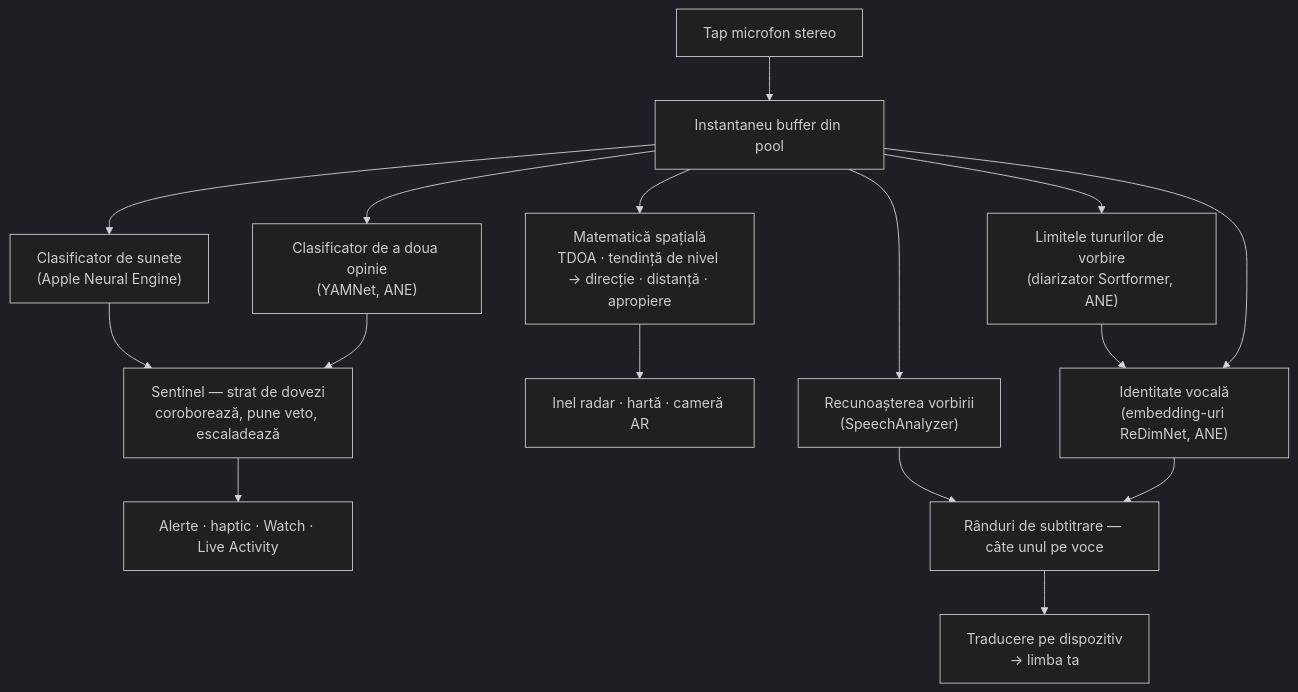
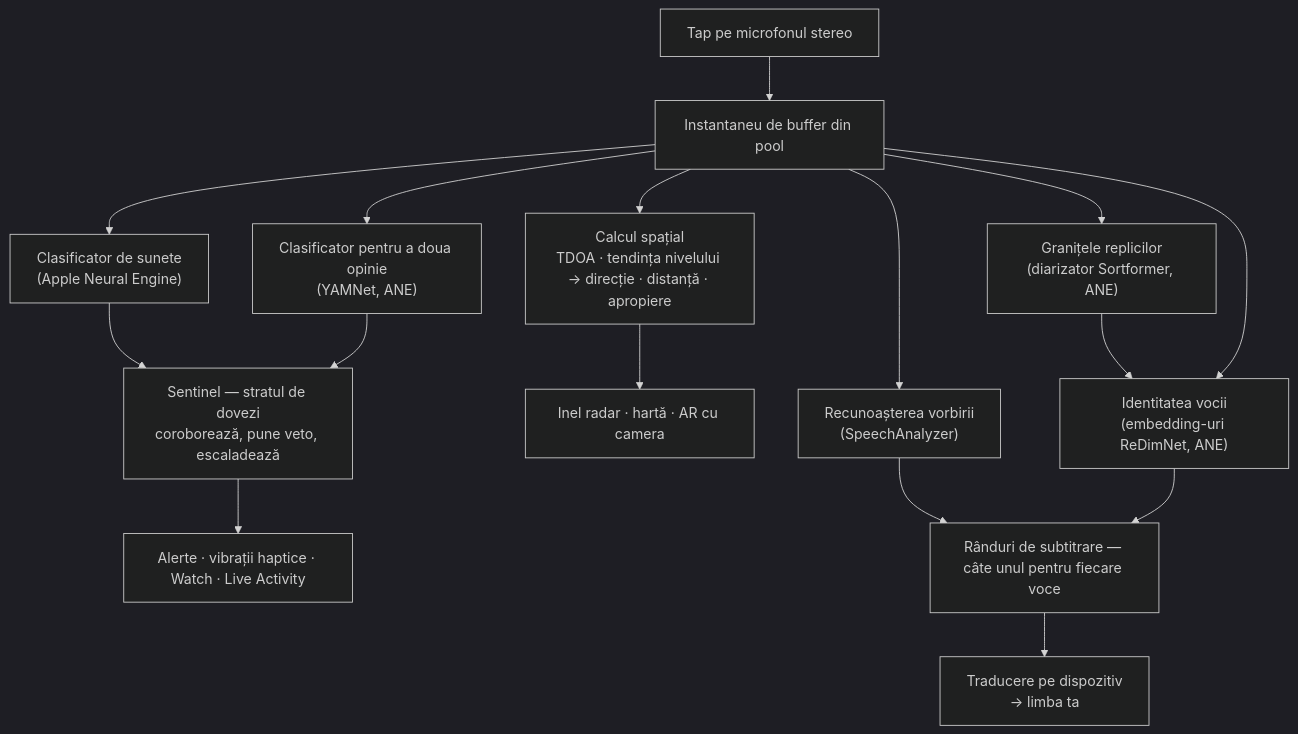
One commit to rpalm01-star/VigilantEarLegal changed the second of 4 diagrams in README_ro.md. Above: the diagram before and after it, drawn with Mermaid (dark theme). The commit also changed other lines of this file and 29 other files, not shown here.

````diff
--- a/README_ro.md
+++ b/README_ro.md
@@ -132,18 +134,18 @@
 ```mermaid
 graph TD
-    A["Tap microfon stereo"] --> B["Instantaneu buffer din pool"]
+    A["Tap pe microfonul stereo"] --> B["Instantaneu de buffer din pool"]
     B --> C["Clasificator de sunete<br/>(Apple Neural Engine)"]
-    B --> Y["Clasificator de a doua opinie<br/>(YAMNet, ANE)"]
-    C --> S["Sentinel — strat de dovezi<br/>coroborează, pune veto, escaladează"]
+    B --> Y["Clasificator pentru a doua opinie<br/>(YAMNet, ANE)"]
+    C --> S["Sentinel — stratul de dovezi<br/>coroborează, pune veto, escaladează"]
     Y --> S
-    S --> H["Alerte · haptic · Watch · Live Activity"]
-    B --> D["Matematică spațială<br/>TDOA · tendință de nivel → direcție · distanță · apropiere"]
-    D --> R["Inel radar · hartă · cameră AR"]
+    S --> H["Alerte · vibrații haptice · Watch · Live Activity"]
+    B --> D["Calcul spațial<br/>TDOA · tendința nivelului → direcție · distanță · apropiere"]
+    D --> R["Inel radar · hartă · AR cu camera"]
     B --> F["Recunoașterea vorbirii<br/>(SpeechAnalyzer)"]
-    B --> N["Limitele tururilor de vorbire<br/>(diarizator Sortformer, ANE)"]
-    N --> E["Identitate vocală<br/>(embedding-uri ReDimNet, ANE)"]
+    B --> N["Granițele replicilor<br/>(diarizator Sortformer, ANE)"]
+    N --> E["Identitatea vocii<br/>(embedding-uri ReDimNet, ANE)"]
     B --> E
-    F --> G["Rânduri de subtitrare — câte unul pe voce"]
+    F --> G["Rânduri de subtitrare — câte unul pentru fiecare voce"]
     E --> G
     G --> T["Traducere pe dispozitiv<br/>→ limba ta"]
 ```
````
